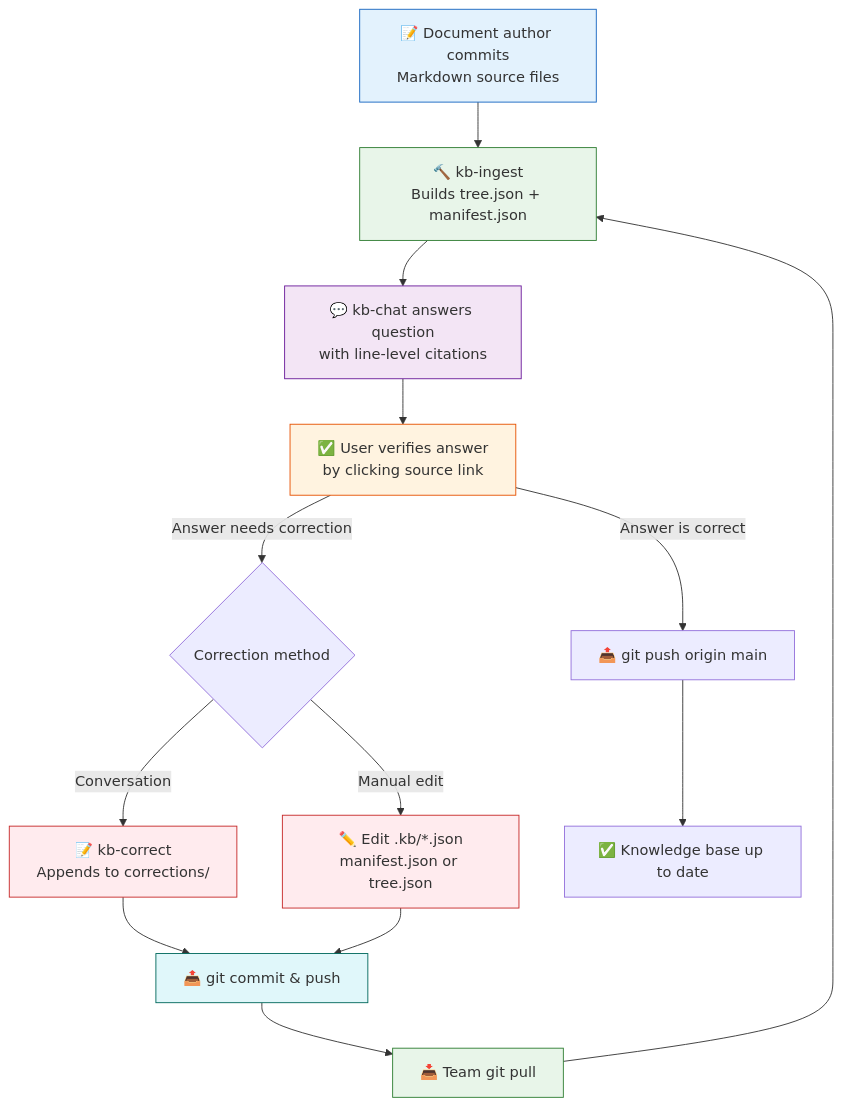
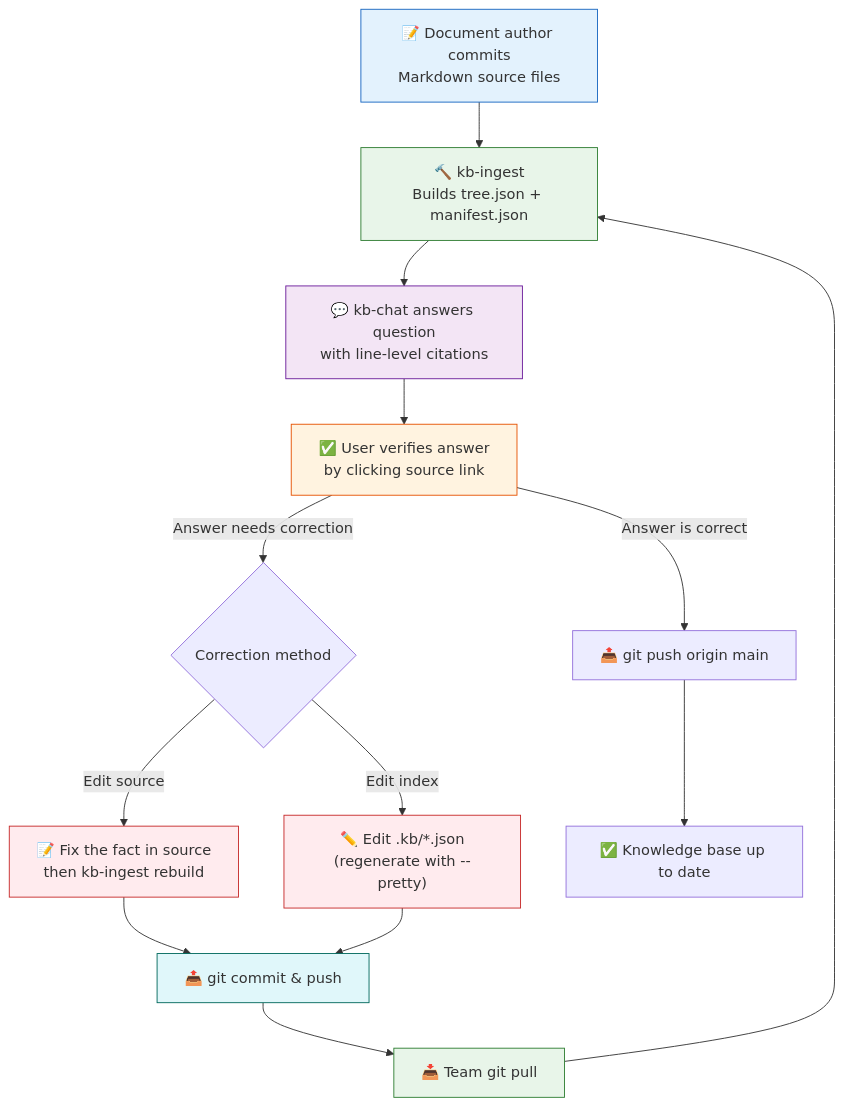
Before and after one commit to waylondev/kb-pilot: the third of 3 diagrams in README.md, drawn with Mermaid. The commit also changed other lines of this file and 7 other files, not shown here.

````diff
--- a/README.md
+++ b/README.md
@@ -262,28 +251,28 @@
 ```mermaid
 flowchart TD
     A["📝 Document author commits<br/>Markdown source files"] --> B["🔨 kb-ingest<br/>Builds tree.json + manifest.json"]
     B --> C["💬 kb-chat answers question<br/>with line-level citations"]
     C --> D["✅ User verifies answer<br/>by clicking source link"]
     
     D -->|"Answer is correct"| E["📤 git push origin main"]
     D -->|"Answer needs correction"| F{"Correction method"}
     
-    F -->|"Conversation"| G["📝 kb-correct<br/>Appends to corrections/"]
-    F -->|"Manual edit"| H["✏️ Edit .kb/*.json<br/>manifest.json or tree.json"]
+    F -->|"Edit source"| G["📝 Fix the fact in source<br/>then kb-ingest rebuild"]
+    F -->|"Edit index"| H["✏️ Edit .kb/*.json<br/>(regenerate with --pretty)"]
     
     G --> I["📤 git commit & push"]
     H --> I
     I --> J["📥 Team git pull"]
     J --> B
     
     E --> K["✅ Knowledge base up to date"]
     
     style A fill:#e3f2fd,stroke:#1565c0
     style B fill:#e8f5e9,stroke:#2e7d32
     style C fill:#f3e5f5,stroke:#6a1b9a
     style D fill:#fff3e0,stroke:#e65100
     style G fill:#ffebee,stroke:#c62828
     style H fill:#ffebee,stroke:#c62828
     style I fill:#e0f7fa,stroke:#00695c
     style J fill:#e8f5e9,stroke:#2e7d32
 ```
````
